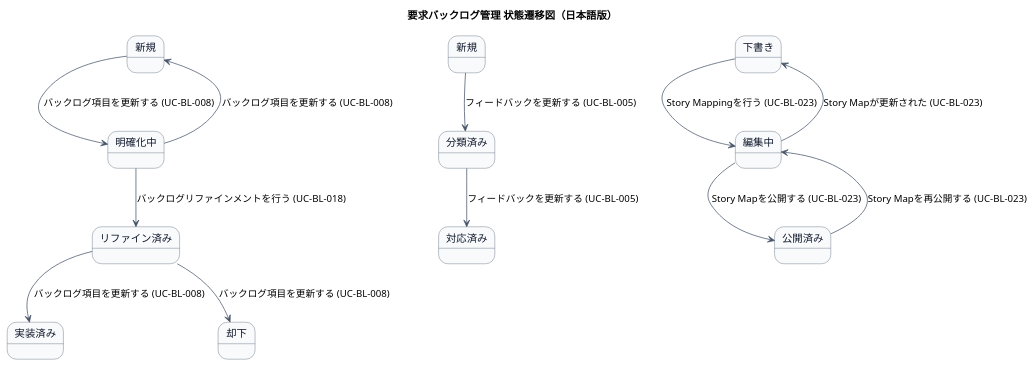
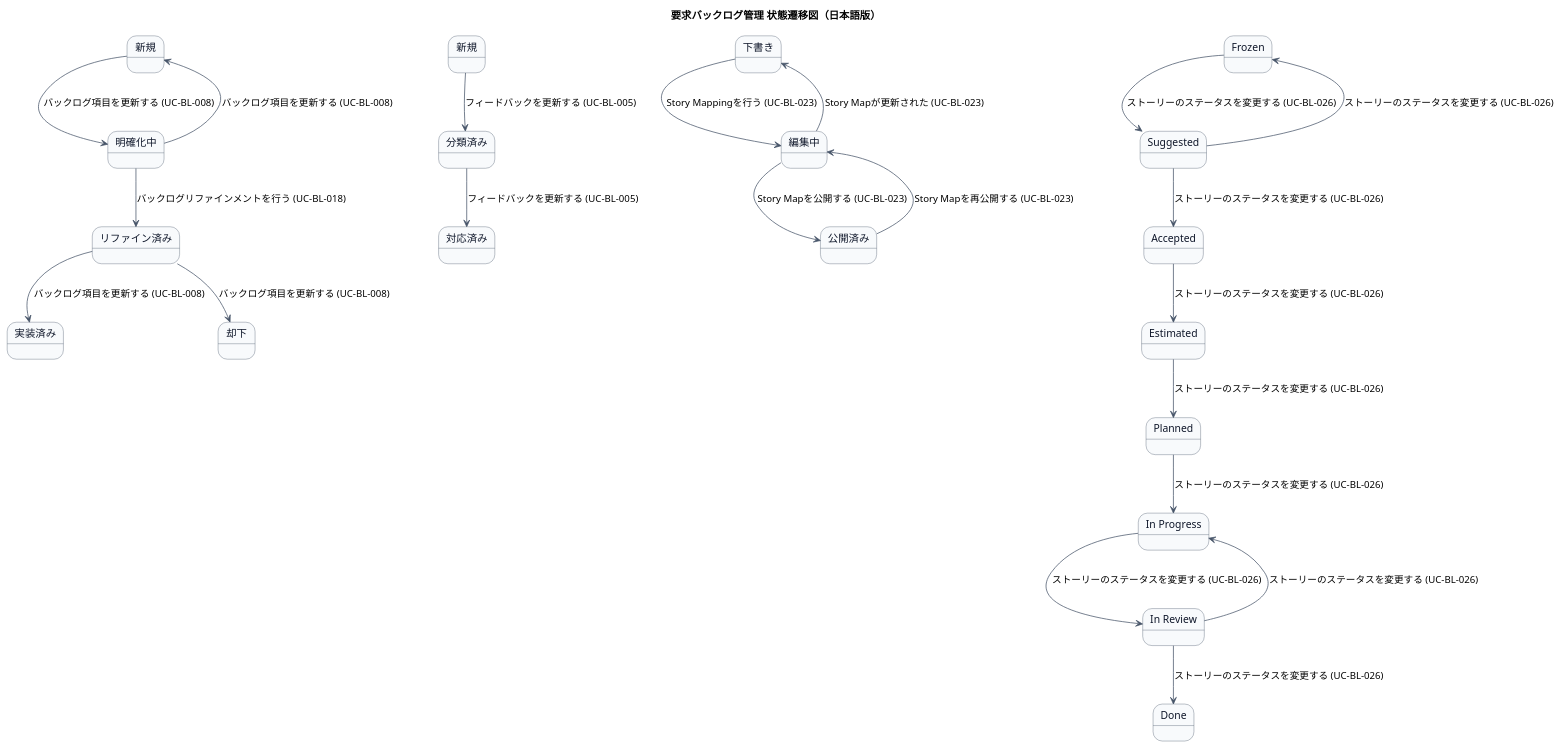
Before and after one commit to mizo432/modulith-learning: the second of 2 diagrams in docs/22 要件定義書/AG アジルーム/03 機能要件/AG-02 要求バックログ管理/04.システム/02.ステート/ステートマシン図.md, drawn with PlantUML. The commit also changed other lines of this file and 9 other files, not shown here.

````diff
--- a/docs/22 要件定義書/AG アジルーム/03 機能要件/AG-02 要求バックログ管理/04.システム/02.ステート/ステートマシン図.md
+++ b/docs/22 要件定義書/AG アジルーム/03 機能要件/AG-02 要求バックログ管理/04.システム/02.ステート/ステートマシン図.md
@@ -60,46 +81,67 @@
 ```plantuml
 @startuml
 title 要求バックログ管理 状態遷移図（日本語版）
 skinparam state {
   BackgroundColor #F8FAFC
   BorderColor #475569
   FontColor #0F172A
 }
 skinparam arrowColor #475569
 skinparam shadowing false
 
 ' バックログ項目 状態
 state "新規" as New_BL <<entry>>
 state "明確化中" as Clarifying_BL
 state "リファイン済み" as Refined_BL
 state "実装済み" as Implemented_BL <<exit>>
 state "却下" as Rejected_BL <<exit>>
 
 ' フィードバック 状態
 state "新規" as New_FB <<entry>>
 state "分類済み" as Categorized_FB
 state "対応済み" as Addressed_FB <<exit>>
 
 ' バックログ項目 遷移
 New_BL --> Clarifying_BL : バックログ項目を更新する (UC-BL-008)
 Clarifying_BL --> New_BL : バックログ項目を更新する (UC-BL-008)
 Clarifying_BL --> Refined_BL : バックログリファインメントを行う (UC-BL-018)
 Refined_BL --> Implemented_BL : バックログ項目を更新する (UC-BL-008)
 Refined_BL --> Rejected_BL : バックログ項目を更新する (UC-BL-008)
 
 ' フィードバック 遷移
 New_FB --> Categorized_FB : フィードバックを更新する (UC-BL-005)
 Categorized_FB --> Addressed_FB : フィードバックを更新する (UC-BL-005)
 
 ' Story Map 状態
 state "下書き" as Draft_SM <<entry>>
 state "編集中" as InProgress_SM
 state "公開済み" as Published_SM <<exit>>
 
 ' Story Map 遷移
 Draft_SM --> InProgress_SM : Story Mappingを行う (UC-BL-023)
 InProgress_SM --> Draft_SM : Story Mapが更新された (UC-BL-023)
 InProgress_SM --> Published_SM : Story Mapを公開する (UC-BL-023)
 Published_SM --> InProgress_SM : Story Mapを再公開する (UC-BL-023)
+
+' ストーリーステータス 状態
+state "Frozen" as Frozen2 <<entry>>
+state "Suggested" as Suggested2
+state "Accepted" as Accepted2
+state "Estimated" as Estimated2
+state "Planned" as Planned2
+state "In Progress" as InProgress_ST2
+state "In Review" as InReview2
+state "Done" as Done2 <<exit>>
+
+' ストーリーステータス 遷移
+Frozen2 --> Suggested2 : ストーリーのステータスを変更する (UC-BL-026)
+Suggested2 --> Accepted2 : ストーリーのステータスを変更する (UC-BL-026)
+Suggested2 --> Frozen2 : ストーリーのステータスを変更する (UC-BL-026)
+Accepted2 --> Estimated2 : ストーリーのステータスを変更する (UC-BL-026)
+Estimated2 --> Planned2 : ストーリーのステータスを変更する (UC-BL-026)
+Planned2 --> InProgress_ST2 : ストーリーのステータスを変更する (UC-BL-026)
+InProgress_ST2 --> InReview2 : ストーリーのステータスを変更する (UC-BL-026)
+InReview2 --> Done2 : ストーリーのステータスを変更する (UC-BL-026)
+InReview2 --> InProgress_ST2 : ストーリーのステータスを変更する (UC-BL-026)
 @enduml
 ```
````
